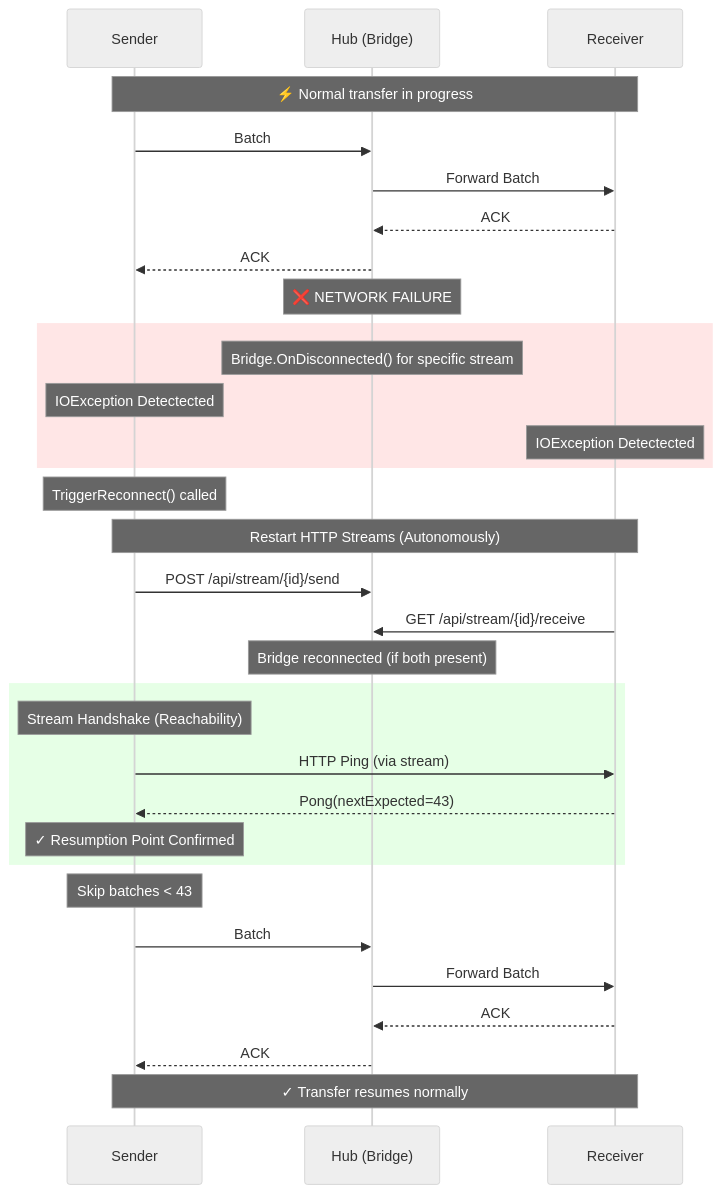
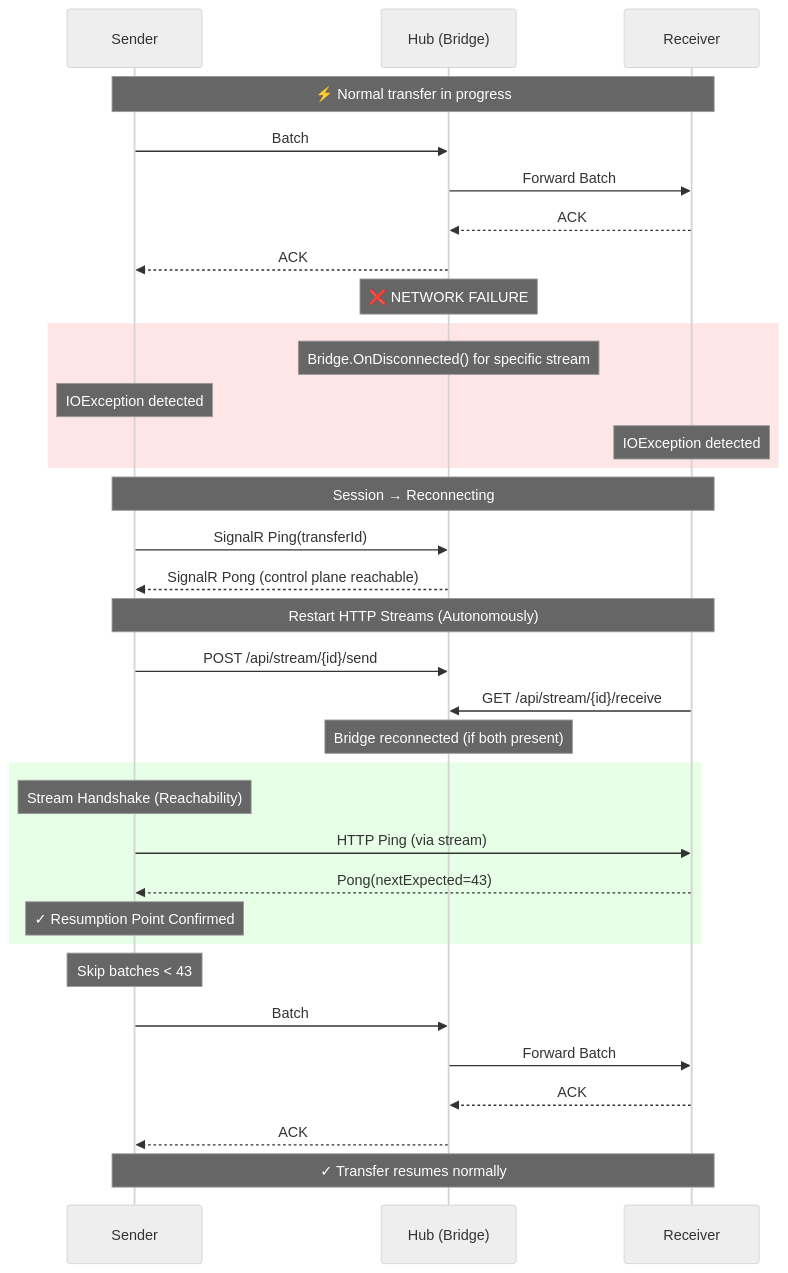
One commit to nicopon/transportr changed the first of 3 diagrams in ResilienceArchitecture.md. Above: the diagram before and after it, drawn with Mermaid (neutral theme). The commit also changed other lines of this file and 19 other files, not shown here.

````diff
--- a/ResilienceArchitecture.md
+++ b/ResilienceArchitecture.md
@@ -31,45 +31,48 @@
 ```mermaid
 sequenceDiagram
     participant S as Sender
     participant H as Hub (Bridge)
     participant R as Receiver
 
     Note over S,R: ⚡ Normal transfer in progress
 
     S->>H: Batch #42
     H->>R: Forward Batch #42
     R-->>H: ACK #42
     H-->>S: ACK #42
 
     Note over H: ❌ NETWORK FAILURE
 
     rect rgb(255, 230, 230)
         Note over H: Bridge.OnDisconnected() for specific stream
-        Note over S: IOException Detectected
-        Note over R: IOException Detectected
+        Note over S: IOException detected
+        Note over R: IOException detected
     end
 
-    Note over S: TriggerReconnect() called
+    Note over S,R: Session → Reconnecting
+
+    S->>H: SignalR Ping(transferId)
+    H-->>S: SignalR Pong (control plane reachable)
 
     Note over S,R: Restart HTTP Streams (Autonomously)
 
     S->>H: POST /api/stream/{id}/send
     R->>H: GET /api/stream/{id}/receive
     Note over H: Bridge reconnected (if both present)
 
     rect rgb(230, 255, 230)
         Note over S: Stream Handshake (Reachability)
         S->>R: HTTP Ping (via stream)
         R-->>S: Pong(nextExpected=43)
         Note over S: ✓ Resumption Point Confirmed
     end
 
     Note over S: Skip batches < 43
 
     S->>H: Batch #43 (resend)
     H->>R: Forward Batch #43
     R-->>H: ACK #43
     H-->>S: ACK #43
 
     Note over S,R: ✓ Transfer resumes normally
 ```
````
